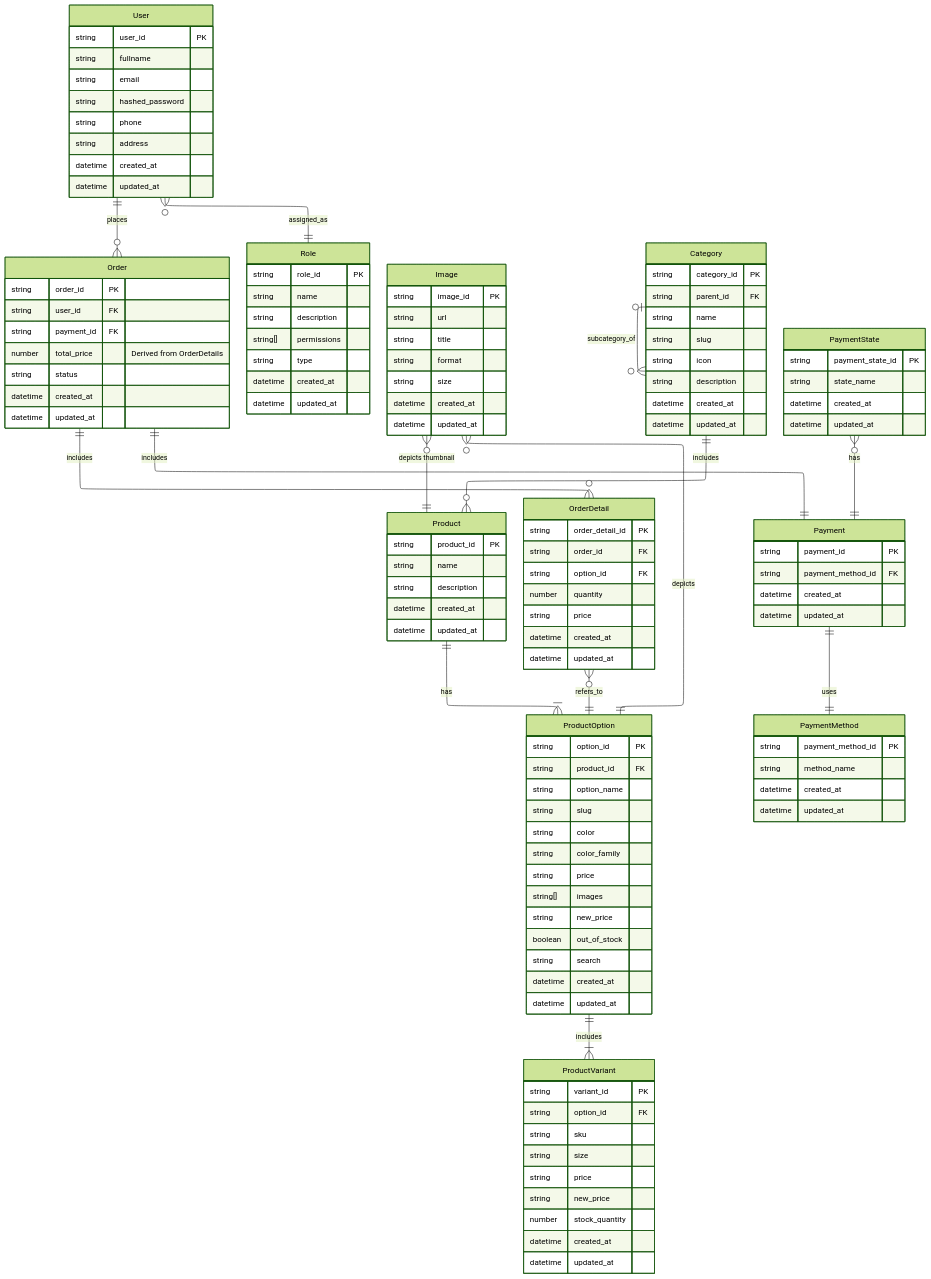
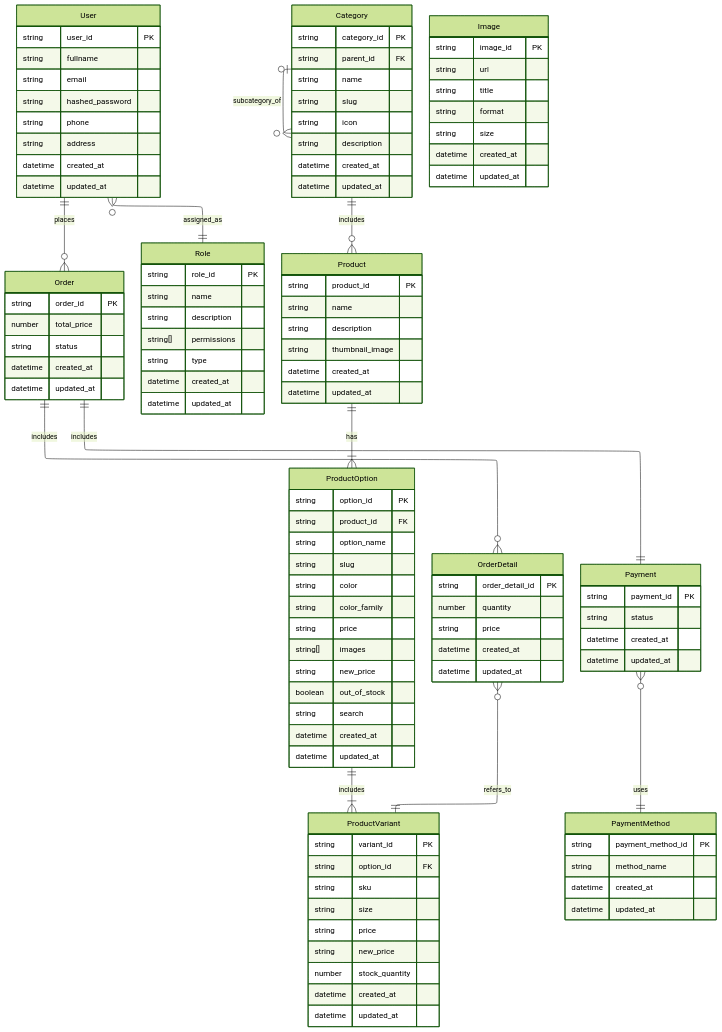
The diagram in src/backend/database.mmd (ariesanhthu/AI4STYLE), drawn with Mermaid before and after one commit. The commit also changed 87 other files, not shown here.

Commit message:
BE: add payment, paymentmethod, order module

```diff
--- a/src/backend/database.mmd
+++ b/src/backend/database.mmd
@@ -1,161 +1,150 @@
 ---
 Diagram type:
     SIMPLE
     LINEAR_SEGMENTS
     NETWORK_SIMPLEX
     BRANCHES_KOEPF (default)
 config:
     layout: elk
     elk:
         nodePlacementStrategy: BRANCHES_KOEPF
     arrowMarkerAbsolute: true
     theme: forest
 ---
 erDiagram
     %% Relationships
     User ||--o{ Order : places
     User }o--|| Role : assigned_as
     Product ||--|{ ProductOption : has
     ProductOption ||--|{ ProductVariant : includes
     %% Product ||--o{ ProductCategory : categorized_as
-    Image }o--|| Product : "depicts thumbnail"
-    Image }o--|| ProductOption : "depicts"
+    %% Image }o--|| Product : "depicts thumbnail"
+    %% Image }o--|| ProductOption : "depicts"
 
     Category ||--o{ Product : includes
     %% Category ||--o{ ProductCategory : includes
     Category |o--o{ Category : subcategory_of
 
 
     Order ||--o{ OrderDetail : includes
-    OrderDetail }o--|| ProductOption : refers_to
+    OrderDetail }o--|| ProductVariant : refers_to
     Order ||--|| Payment : includes
-    Payment ||--|| PaymentMethod : uses
-    PaymentState }o--|| Payment : "has"
+    Payment }o--|| PaymentMethod : uses
 
     %% Entities
     User {
         string user_id PK
         string fullname
         string email
         string hashed_password
         string phone
         string address
         datetime created_at
         datetime updated_at
     }
 
     Role {
         string role_id PK
         string name
         string description 
         string[] permissions
         string type
         datetime created_at
         datetime updated_at
     }
 
     Product {
         string product_id PK
         string name
         string description
+        string thumbnail_image
         datetime created_at
         datetime updated_at
     }
 
     ProductOption {
         string option_id PK
         string product_id FK
         string option_name
         string slug
         string color
         string color_family
         string price
         string[] images
         string new_price
         boolean out_of_stock
         string search
         datetime created_at
         datetime updated_at
     }
 
     ProductVariant {
         string variant_id PK
         string option_id FK
         string sku 
         string size
         string price
         string new_price
         number stock_quantity
         datetime created_at
         datetime updated_at
     }
 
     %% ProductCategory {
     %%     string product_id FK
     %%     string category_id FK
     %% }
 
     Category {
         string category_id PK
         string parent_id FK
         string name
         string slug
         string icon
         string description
         datetime created_at
         datetime updated_at
     }
 
     Image {
         string image_id PK
         string url
         string title
         string format
         string size
         datetime created_at
         datetime updated_at
     }
 
     OrderDetail {
         string order_detail_id PK
-        string order_id FK
-        string option_id FK
         number quantity
         string price
         datetime created_at
         datetime updated_at
     }
 
     Order {
         string order_id PK
-        string user_id FK
-        string payment_id FK
-        number total_price "Derived from OrderDetails"
+        number total_price
         string status
         datetime created_at
         datetime updated_at
     }  
 
     Payment {
         string payment_id PK
-        string payment_method_id FK
+        string status
         datetime created_at
         datetime updated_at
     }
 
     PaymentMethod {
         string payment_method_id PK
         string method_name
         datetime created_at
         datetime updated_at
     }
-
-    PaymentState {
-        string payment_state_id PK
-        string state_name
-        datetime created_at
-        datetime updated_at
-    }
     %% Base
 
     %% Additional
```
